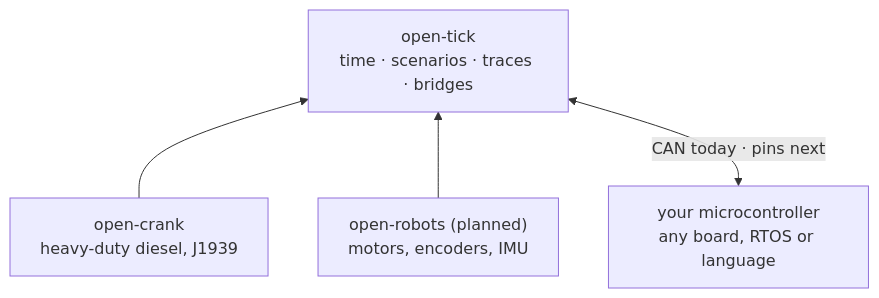
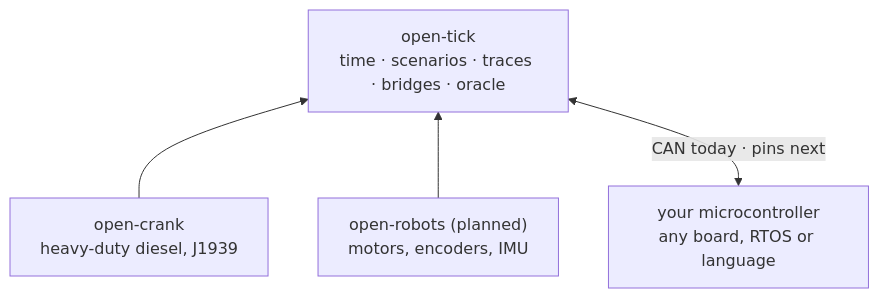
Before and after one commit to Open-Heavy-Machinery/.github: the diagram in profile/README.md, drawn with Mermaid. The commit also changed other lines of this file, not shown here.

Commit message:
open-tick v0.2 done
The open-tick row names the oracle and moves to "v0.2 done"; the diagram's
open-tick node lists it too.

Assisted by: Claude Opus 5.5

````diff
--- a/profile/README.md
+++ b/profile/README.md
@@ -59,10 +59,10 @@
 ```mermaid
 flowchart BT
-    T["open-tick<br/>time · scenarios · traces · bridges"]
+    T["open-tick<br/>time · scenarios · traces · bridges · oracle"]
     C["open-crank<br/>heavy-duty diesel, J1939"]
     R["open-robots (planned)<br/>motors, encoders, IMU"]
     M["your microcontroller<br/>any board, RTOS or language"]
     C --> T
     R --> T
     M <-->|"CAN today · pins next"| T
 ```
````
